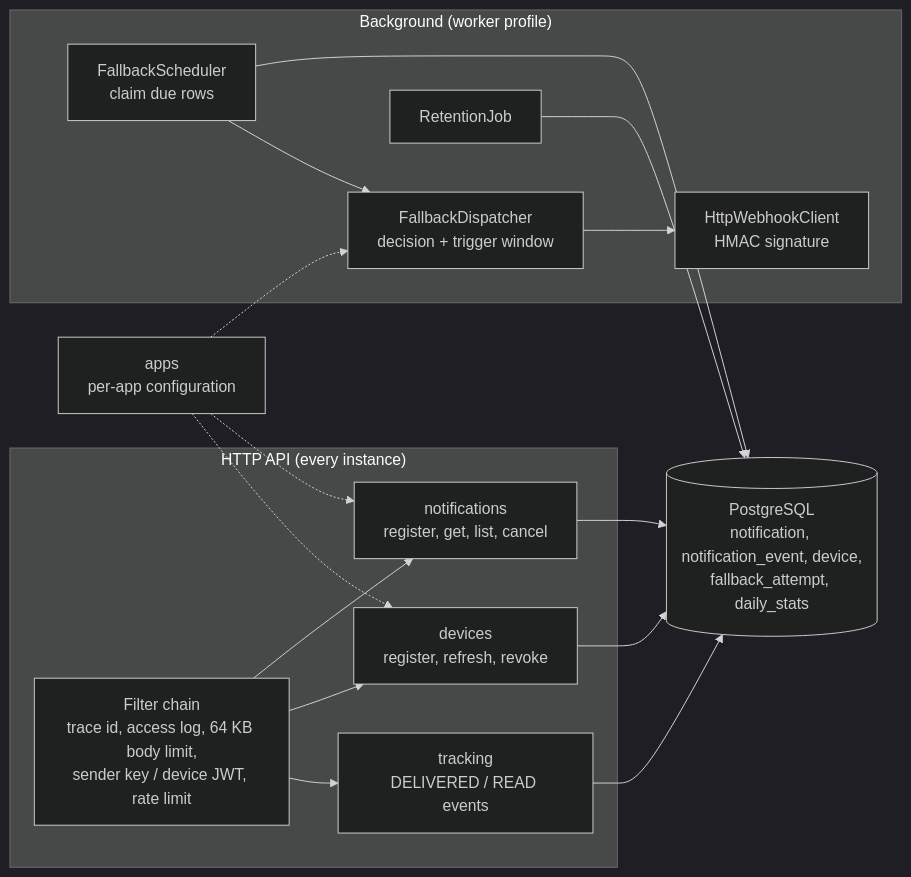
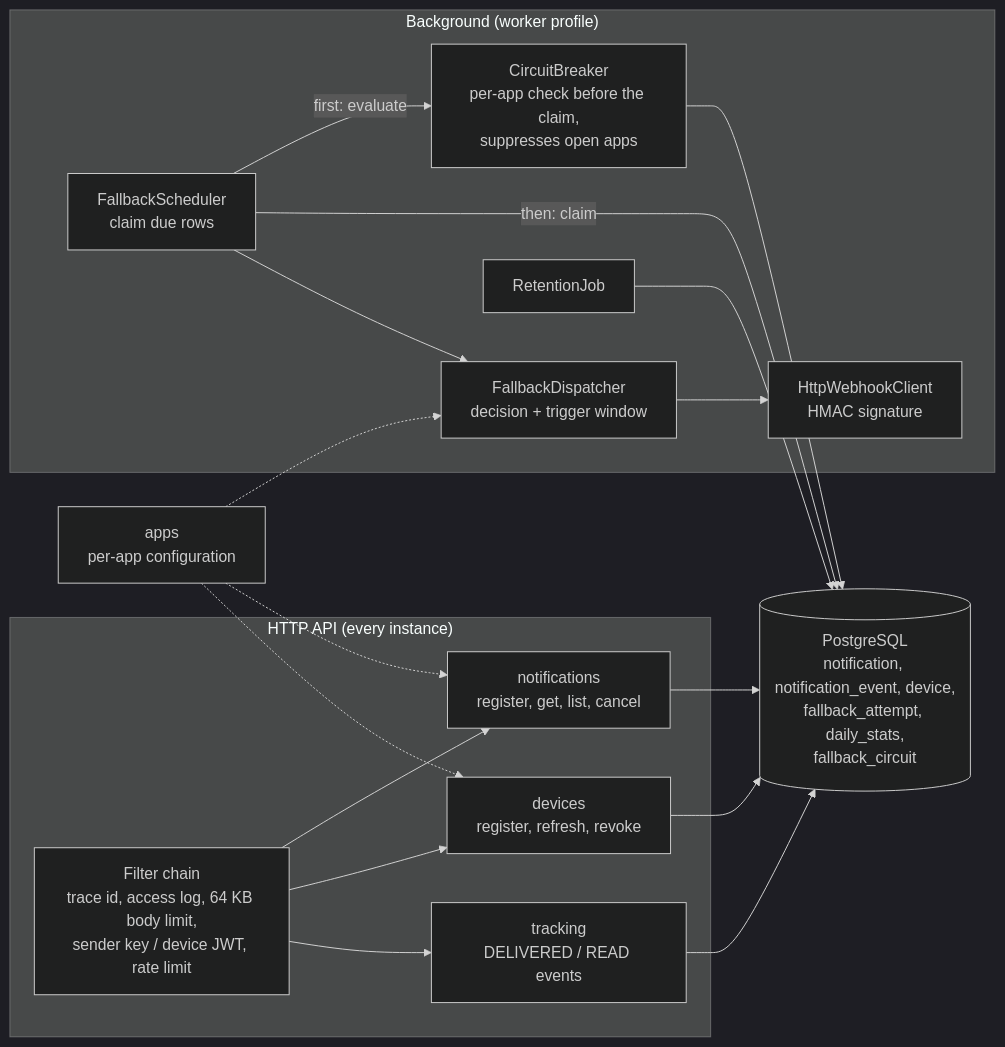
The fifth of 13 diagrams in docs/overview.md (valentirob/reliable-push), drawn with Mermaid (dark theme) before and after one commit. The commit also changed other lines of this file and 22 other files, not shown here.

First line of the commit message:
docs: fallback circuit breaker

````diff
--- a/docs/overview.md
+++ b/docs/overview.md
@@ -148,23 +152,25 @@
 ```mermaid
 flowchart LR
   subgraph http["HTTP API (every instance)"]
     F["Filter chain<br/>trace id, access log, 64 KB body limit,<br/>sender key / device JWT, rate limit"]
     NC["notifications<br/>register, get, list, cancel"]
     DC["devices<br/>register, refresh, revoke"]
     EC["tracking<br/>DELIVERED / READ events"]
   end
   subgraph bg["Background (worker profile)"]
+    CB["CircuitBreaker<br/>per-app check before the claim,<br/>suppresses open apps"]
     FS["FallbackScheduler<br/>claim due rows"]
     FD["FallbackDispatcher<br/>decision + trigger window"]
     WC["HttpWebhookClient<br/>HMAC signature"]
     RJ["RetentionJob"]
   end
   APPS["apps<br/>per-app configuration"]
-  DB[("PostgreSQL<br/>notification, notification_event, device,<br/>fallback_attempt, daily_stats")]
+  DB[("PostgreSQL<br/>notification, notification_event, device,<br/>fallback_attempt, daily_stats,<br/>fallback_circuit")]
   F --> NC & DC & EC
   NC & DC & EC --> DB
-  FS --> DB
+  FS -- "first: evaluate" --> CB --> DB
+  FS -- "then: claim" --> DB
   FS --> FD --> WC
   RJ --> DB
   APPS -.-> NC & DC & FD
 ```
````
